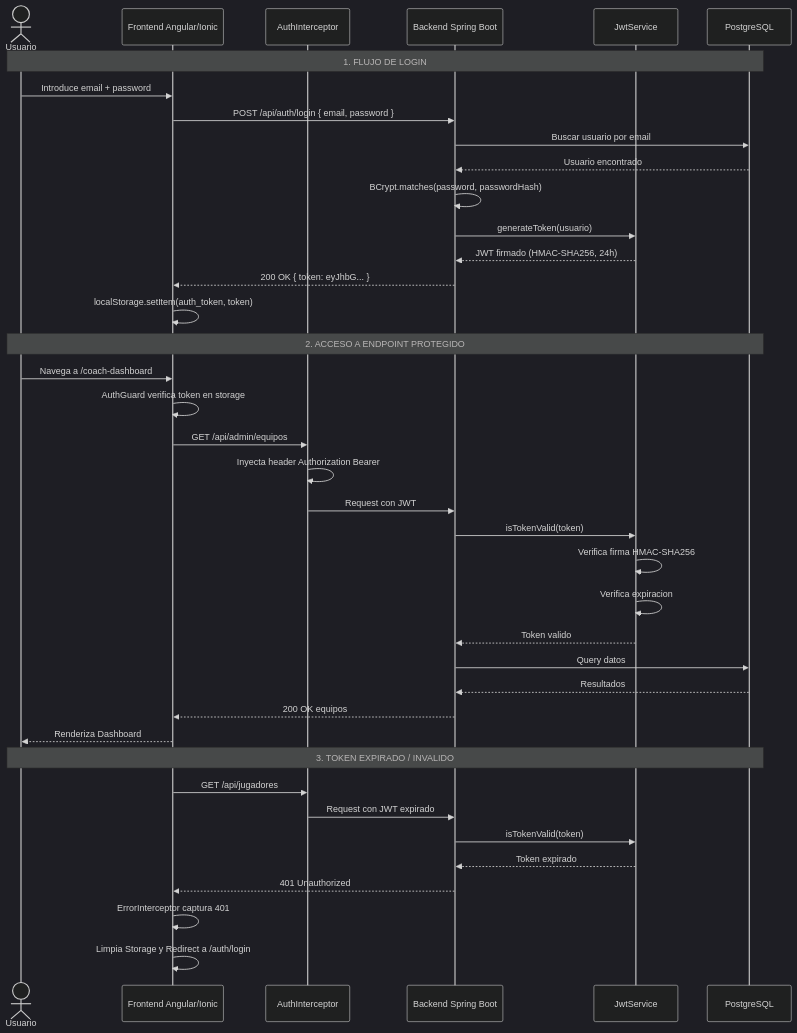
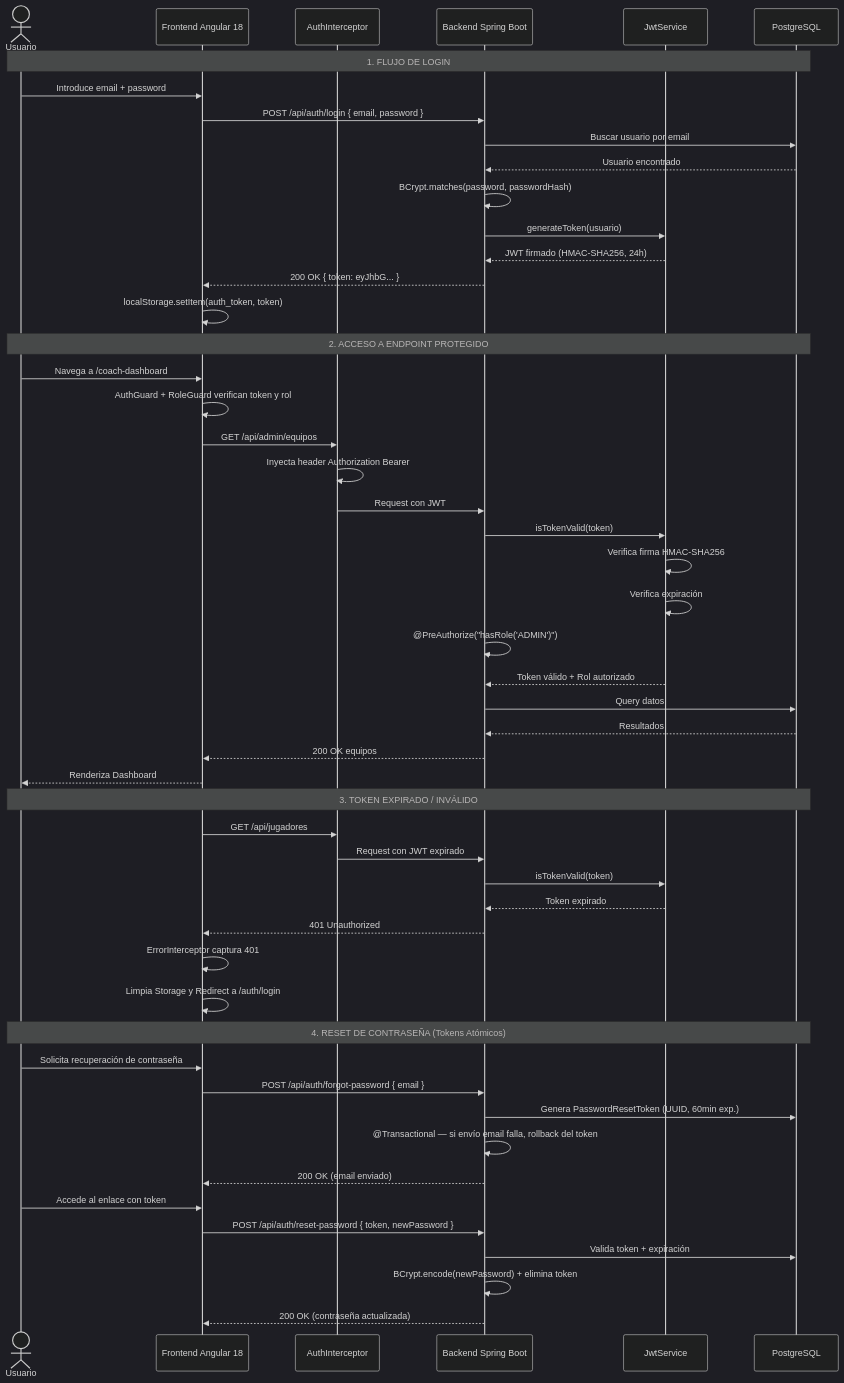
Before and after one commit to Sestmar/TFG-SergioEstudillo: the third of 4 diagrams in README.md, drawn with Mermaid (dark theme). The commit also changed other lines of this file, not shown here.

````diff
--- a/README.md
+++ b/README.md
@@ -213,47 +266,61 @@
 ```mermaid
 sequenceDiagram
     actor U as Usuario
-    participant F as Frontend Angular/Ionic
+    participant F as Frontend Angular 18
     participant I as AuthInterceptor
     participant B as Backend Spring Boot
     participant S as JwtService
     participant DB as PostgreSQL
 
     Note over U,DB: 1. FLUJO DE LOGIN
 
     U->>F: Introduce email + password
     F->>B: POST /api/auth/login { email, password }
     B->>DB: Buscar usuario por email
     DB-->>B: Usuario encontrado
     B->>B: BCrypt.matches(password, passwordHash)
     B->>S: generateToken(usuario)
     S-->>B: JWT firmado (HMAC-SHA256, 24h)
     B-->>F: 200 OK { token: eyJhbG... }
     F->>F: localStorage.setItem(auth_token, token)
 
     Note over U,DB: 2. ACCESO A ENDPOINT PROTEGIDO
 
     U->>F: Navega a /coach-dashboard
-    F->>F: AuthGuard verifica token en storage
+    F->>F: AuthGuard + RoleGuard verifican token y rol
     F->>I: GET /api/admin/equipos
     I->>I: Inyecta header Authorization Bearer
     I->>B: Request con JWT
     B->>S: isTokenValid(token)
     S->>S: Verifica firma HMAC-SHA256
-    S->>S: Verifica expiracion
-    S-->>B: Token valido
+    S->>S: Verifica expiración
+    B->>B: @PreAuthorize("hasRole('ADMIN')")
+    S-->>B: Token válido + Rol autorizado
     B->>DB: Query datos
     DB-->>B: Resultados
     B-->>F: 200 OK equipos
     F-->>U: Renderiza Dashboard
 
-    Note over U,DB: 3. TOKEN EXPIRADO / INVALIDO
+    Note over U,DB: 3. TOKEN EXPIRADO / INVÁLIDO
 
     F->>I: GET /api/jugadores
     I->>B: Request con JWT expirado
     B->>S: isTokenValid(token)
     S-->>B: Token expirado
     B-->>F: 401 Unauthorized
     F->>F: ErrorInterceptor captura 401
     F->>F: Limpia Storage y Redirect a /auth/login
+
+    Note over U,DB: 4. RESET DE CONTRASEÑA (Tokens Atómicos)
+
+    U->>F: Solicita recuperación de contraseña
+    F->>B: POST /api/auth/forgot-password { email }
+    B->>DB: Genera PasswordResetToken (UUID, 60min exp.)
+    B->>B: @Transactional — si envío email falla, rollback del token
+    B-->>F: 200 OK (email enviado)
+    U->>F: Accede al enlace con token
+    F->>B: POST /api/auth/reset-password { token, newPassword }
+    B->>DB: Valida token + expiración
+    B->>B: BCrypt.encode(newPassword) + elimina token
+    B-->>F: 200 OK (contraseña actualizada)
 ```
````
